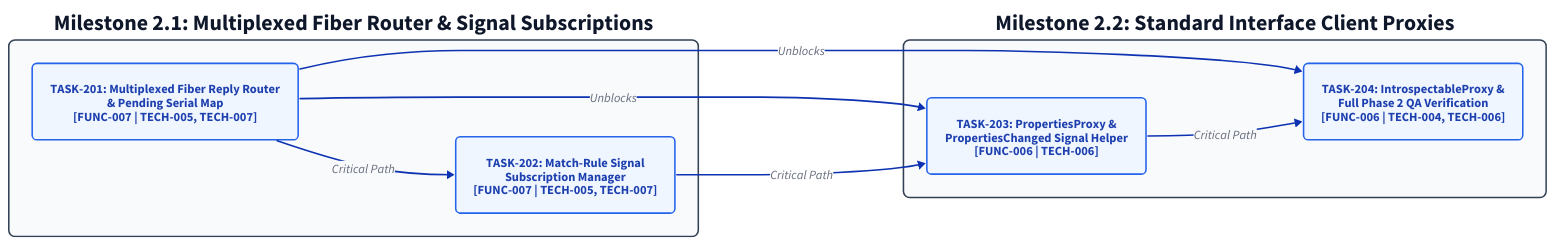
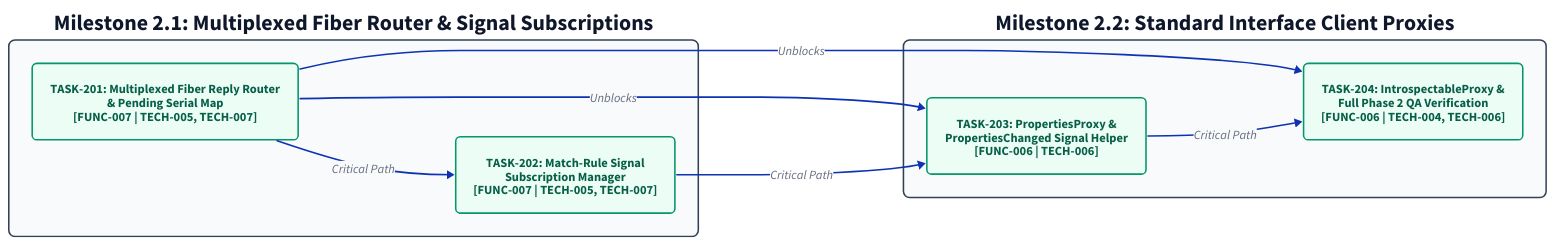
The diagram in docs/diagrams/roadmaps/phase-2-enhancement.d2 (renich/crystal-dbus-native), drawn with D2 before and after one commit. The commit also changed 36 other files, not shown here.

```diff
--- a/docs/diagrams/roadmaps/phase-2-enhancement.d2
+++ b/docs/diagrams/roadmaps/phase-2-enhancement.d2
@@ -1,51 +1,51 @@
 direction: right
 
 classes: {
-  task_planned: {
+  task_done: {
     shape: rectangle
     style: {
-      fill: "#eff6ff"
-      stroke: "#2563eb"
+      fill: "#ecfdf5"
+      stroke: "#059669"
       stroke-width: 2
       border-radius: 6
-      font-color: "#1e40af"
+      font-color: "#065f46"
       bold: true
     }
   }
   milestone: {
     style: {
       fill: "#f8fafc"
       stroke: "#334155"
       stroke-width: 2
       border-radius: 8
       font-color: "#0f172a"
       bold: true
     }
   }
 }
 
 m2_1: "Milestone 2.1: Multiplexed Fiber Router & Signal Subscriptions" {
   class: milestone
   t201: "TASK-201: Multiplexed Fiber Reply Router\n& Pending Serial Map\n[FUNC-007 | TECH-005, TECH-007]" {
-    class: task_planned
+    class: task_done
   }
   t202: "TASK-202: Match-Rule Signal\nSubscription Manager\n[FUNC-007 | TECH-005, TECH-007]" {
-    class: task_planned
+    class: task_done
   }
 }
 
 m2_2: "Milestone 2.2: Standard Interface Client Proxies" {
   class: milestone
   t203: "TASK-203: PropertiesProxy &\nPropertiesChanged Signal Helper\n[FUNC-006 | TECH-006]" {
-    class: task_planned
+    class: task_done
   }
   t204: "TASK-204: IntrospectableProxy &\nFull Phase 2 QA Verification\n[FUNC-006 | TECH-004, TECH-006]" {
-    class: task_planned
+    class: task_done
   }
 }
 
 m2_1.t201 -> m2_1.t202: "Critical Path"
 m2_1.t201 -> m2_2.t203: "Unblocks"
 m2_1.t201 -> m2_2.t204: "Unblocks"
 m2_1.t202 -> m2_2.t203: "Critical Path"
 m2_2.t203 -> m2_2.t204: "Critical Path"
```
